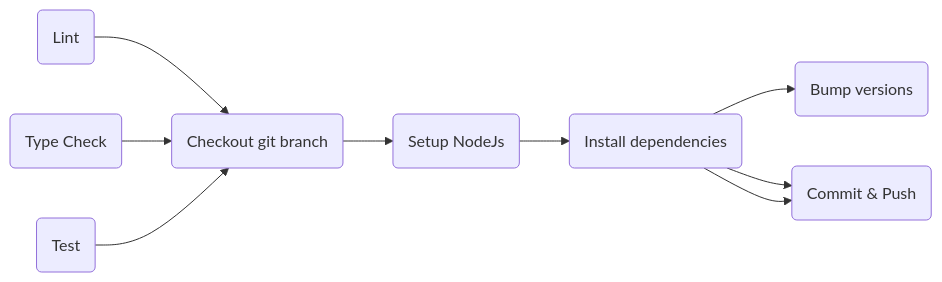
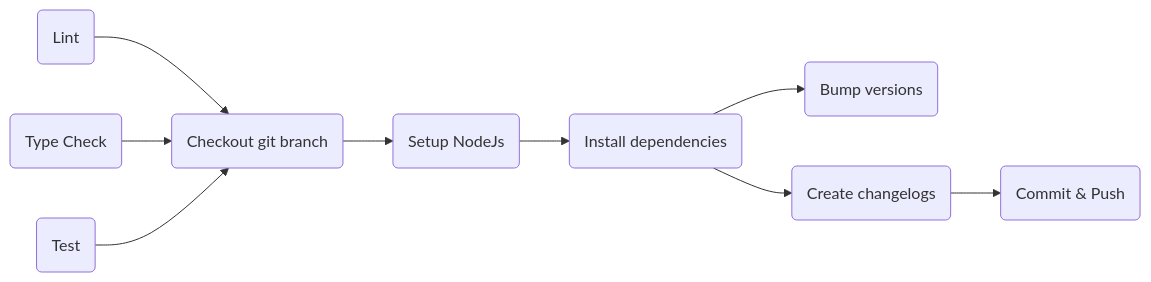
Before and after one commit to boonya/ts-monorepo-playground: the diagram in README.md, drawn with Mermaid. The commit also changed other lines of this file, not shown here.

````diff
--- a/README.md
+++ b/README.md
@@ -7,12 +7,12 @@
 ```mermaid
 flowchart LR
 
 A(Lint) --> D
 B(Type Check) --> D
 C(Test) --> D(Checkout git branch)
 D --> E(Setup NodeJs)
 E --> F(Install dependencies)
 F --> G(Bump versions)
 F --> H(Create changelogs)
-F --> H(Commit & Push)
+H --> I(Commit & Push)
 ```
````
